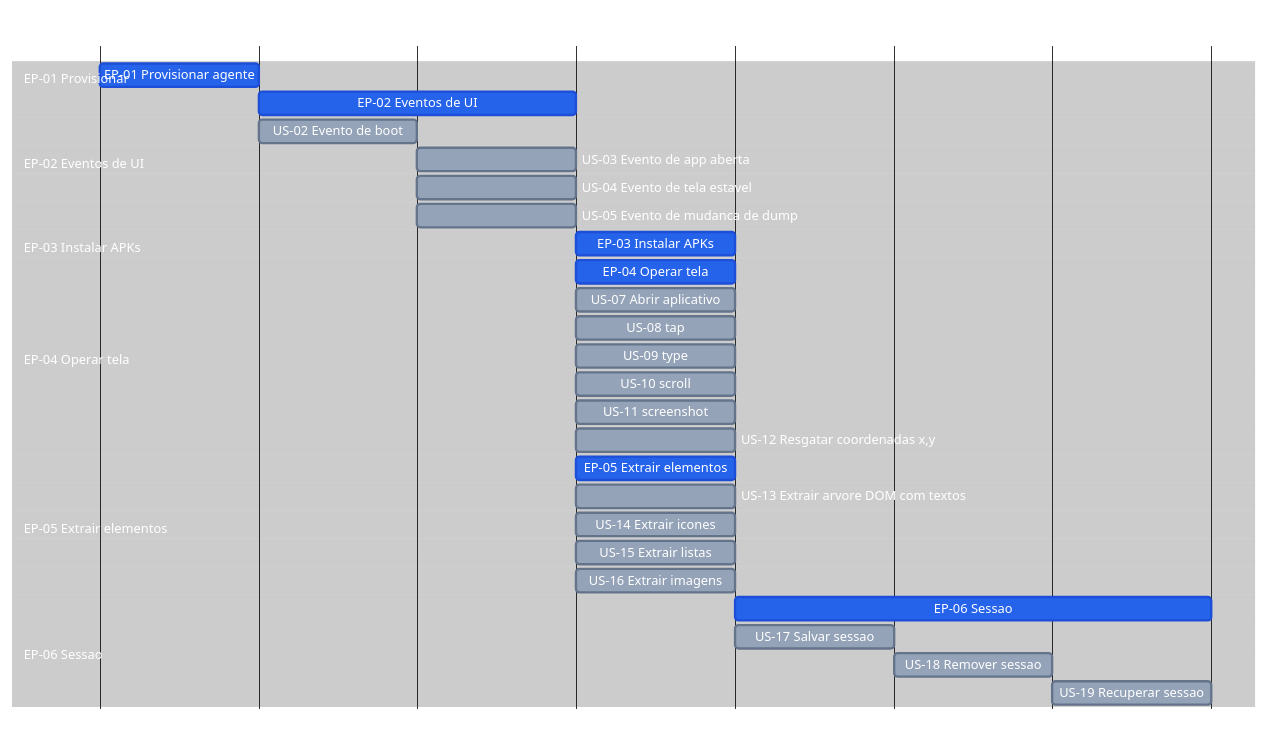
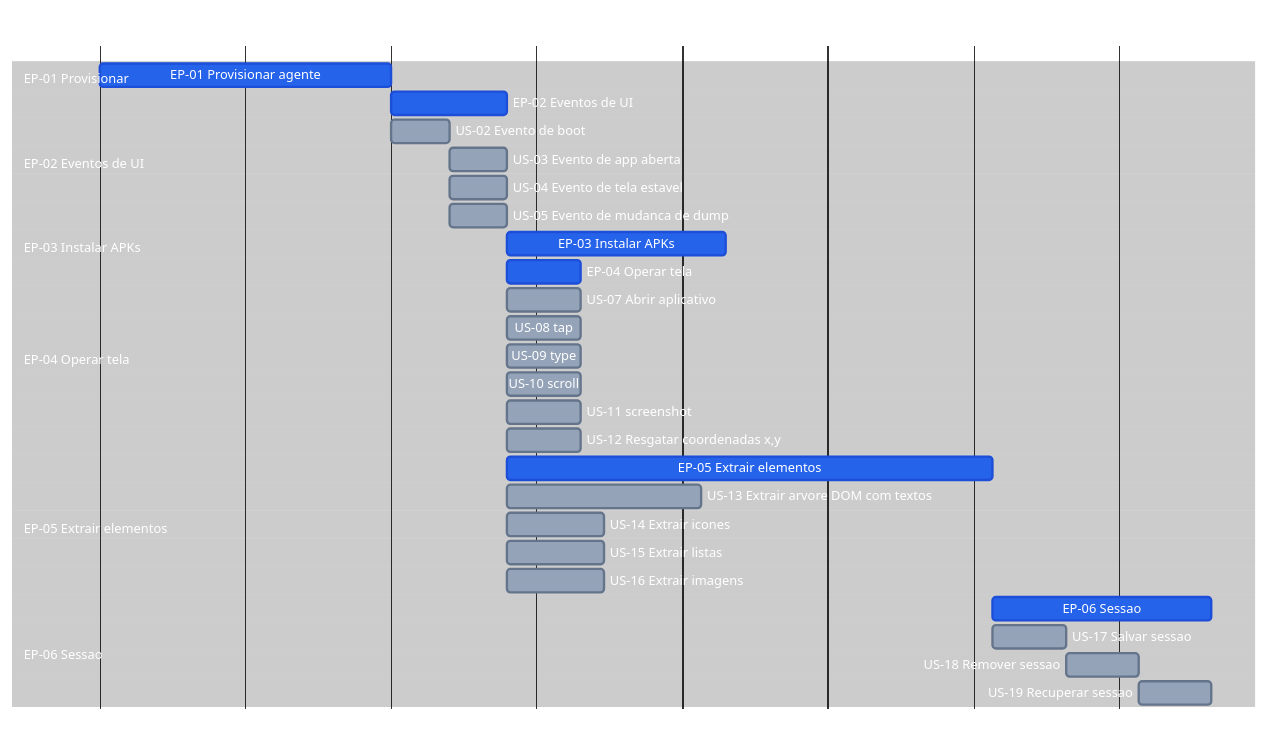
Before and after one commit to laerciogermano/workstation: the diagram in connectmax/screen-robot/6.roadmap.md, drawn with Mermaid. The commit also changed other lines of this file and 2 other files, not shown here.

Commit message:
Dimensiona barras do roadmap pelos minutos reais de cada EP/US (como em tasks).

````diff
--- a/connectmax/screen-robot/6.roadmap.md
+++ b/connectmax/screen-robot/6.roadmap.md
@@ -9,74 +9,74 @@
 ```mermaid
 ---
 config:
   theme: base
   themeVariables:
     darkMode: true
     background: '#000000'
     primaryTextColor: '#ffffff'
     secondaryTextColor: '#ffffff'
     tertiaryTextColor: '#ffffff'
     textColor: '#ffffff'
     lineColor: '#333333'
     mainBkg: '#000000'
     secondaryColor: '#000000'
     tertiaryColor: '#000000'
     sectionBkgColor: '#000000'
     sectionBkgColor2: '#000000'
     altSectionBkgColor: '#000000'
     gridColor: '#222222'
     excludeBkgColor: '#000000'
     todayLineColor: '#444444'
     doneTaskBkgColor: '#2563eb'
     doneTaskBorderColor: '#1d4ed8'
     taskBkgColor: '#94a3b8'
     taskBorderColor: '#64748b'
     taskTextColor: '#ffffff'
     taskTextDarkColor: '#ffffff'
     taskTextLightColor: '#ffffff'
     taskTextOutsideColor: '#ffffff'
     critBkgColor: '#2563eb'
     critBorderColor: '#1d4ed8'
     activeTaskBkgColor: '#94a3b8'
     activeTaskBorderColor: '#64748b'
 ---
 gantt
   title screen-robot EP / US
   dateFormat X
   axisFormat %s
 
   section EP-01 Provisionar
-  EP-01 Provisionar agente              :done, ep01, 0, 15m
+  EP-01 Provisionar agente              :done, ep01, 0, 60m
 
   section EP-02 Eventos de UI
-  EP-02 Eventos de UI                   :done, ep02, after ep01, 30m
-  US-02 Evento de boot                  :us02, after ep01, 15m
-  US-03 Evento de app aberta            :us03, after us02, 15m
-  US-04 Evento de tela estavel          :us04, after us02, 15m
-  US-05 Evento de mudanca de dump       :us05, after us02, 15m
+  EP-02 Eventos de UI                   :done, ep02, after ep01, 24m
+  US-02 Evento de boot                  :us02, after ep01, 12m
+  US-03 Evento de app aberta            :us03, after us02, 12m
+  US-04 Evento de tela estavel          :us04, after us02, 12m
+  US-05 Evento de mudanca de dump       :us05, after us02, 12m
 
   section EP-03 Instalar APKs
-  EP-03 Instalar APKs                   :done, ep03, after us05, 15m
+  EP-03 Instalar APKs                   :done, ep03, after us05, 45m
 
   section EP-04 Operar tela
   EP-04 Operar tela                     :done, ep04, after us05, 15m
   US-07 Abrir aplicativo                :us07, after us05, 15m
   US-08 tap                             :us08, after us05, 15m
   US-09 type                            :us09, after us05, 15m
   US-10 scroll                          :us10, after us05, 15m
   US-11 screenshot                      :us11, after us05, 15m
   US-12 Resgatar coordenadas x,y        :us12, after us05, 15m
 
   section EP-05 Extrair elementos
-  EP-05 Extrair elementos               :done, ep05, after us05, 15m
-  US-13 Extrair arvore DOM com textos   :us13, after us05, 15m
-  US-14 Extrair icones                  :us14, after us05, 15m
-  US-15 Extrair listas                  :us15, after us05, 15m
-  US-16 Extrair imagens                 :us16, after us05, 15m
+  EP-05 Extrair elementos               :done, ep05, after us05, 100m
+  US-13 Extrair arvore DOM com textos   :us13, after us05, 40m
+  US-14 Extrair icones                  :us14, after us05, 20m
+  US-15 Extrair listas                  :us15, after us05, 20m
+  US-16 Extrair imagens                 :us16, after us05, 20m
 
   section EP-06 Sessao
   EP-06 Sessao                          :done, ep06, after ep05, 45m
   US-17 Salvar sessao                   :us17, after ep05, 15m
   US-18 Remover sessao                  :us18, after us17, 15m
   US-19 Recuperar sessao                :us19, after us18, 15m
 ```
````
